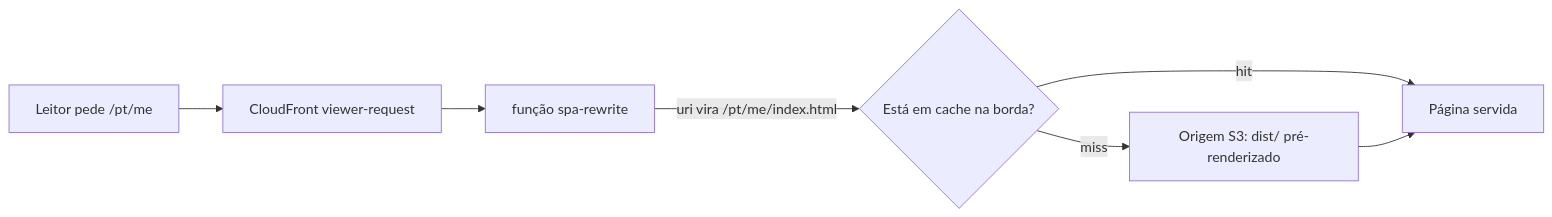
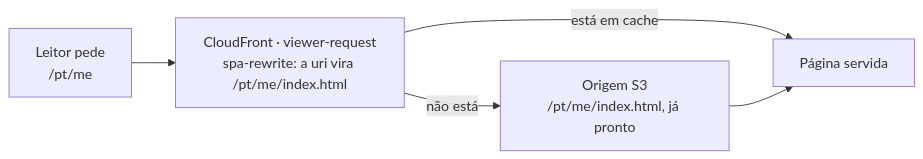
The second of 6 diagrams in apps/fed/src/content/architecture.pt.md (tedeuxx/tadeumendonca-io), drawn with Mermaid before and after one commit. The commit also changed other lines of this file and 12 other files, not shown here.

````diff
--- a/apps/fed/src/content/architecture.pt.md
+++ b/apps/fed/src/content/architecture.pt.md
@@ -40,11 +75,9 @@
 ```mermaid
 flowchart LR
   accTitle: Como uma requisição vira uma página
-  accDescr: Um leitor pede uma URL sem barra final. O CloudFront roda a função spa-rewrite no viewer-request, que acrescenta index.html. Daí o caminho segue num sentido só e se junta de novo no fim — um hit de cache leva direto à página servida; um miss busca o objeto pré-renderizado na origem S3, e a origem leva à mesma página servida.
-  R["Leitor pede /pt/me"] --> V["CloudFront viewer-request"]
-  V --> F["função spa-rewrite"]
-  F -- "uri vira /pt/me/index.html" --> C{"Está em cache na borda?"}
-  C -- "hit" --> P["Página servida"]
-  C -- "miss" --> S["Origem S3: dist/ pré-renderizado"]
+  accDescr: Três passos e uma bifurcação, da esquerda para a direita. Um leitor pede /pt/me, sem barra final. O CloudFront roda a função spa-rewrite no viewer-request e a uri vira /pt/me/index.html. Daí saem dois caminhos que terminam no mesmo lugar - se o objeto está em cache na borda, a página é servida direto; se não está, ele é buscado como arquivo pré-renderizado na origem S3, e é essa origem que leva à mesma página servida. Nada volta para um passo anterior.
+  R["Leitor pede<br/>/pt/me"] --> F["CloudFront · viewer-request<br/>spa-rewrite: a uri vira /pt/me/index.html"]
+  F -- "está em cache" --> P["Página servida"]
+  F -- "não está" --> S["Origem S3<br/>/pt/me/index.html, já pronto"]
   S --> P
 ```
````
